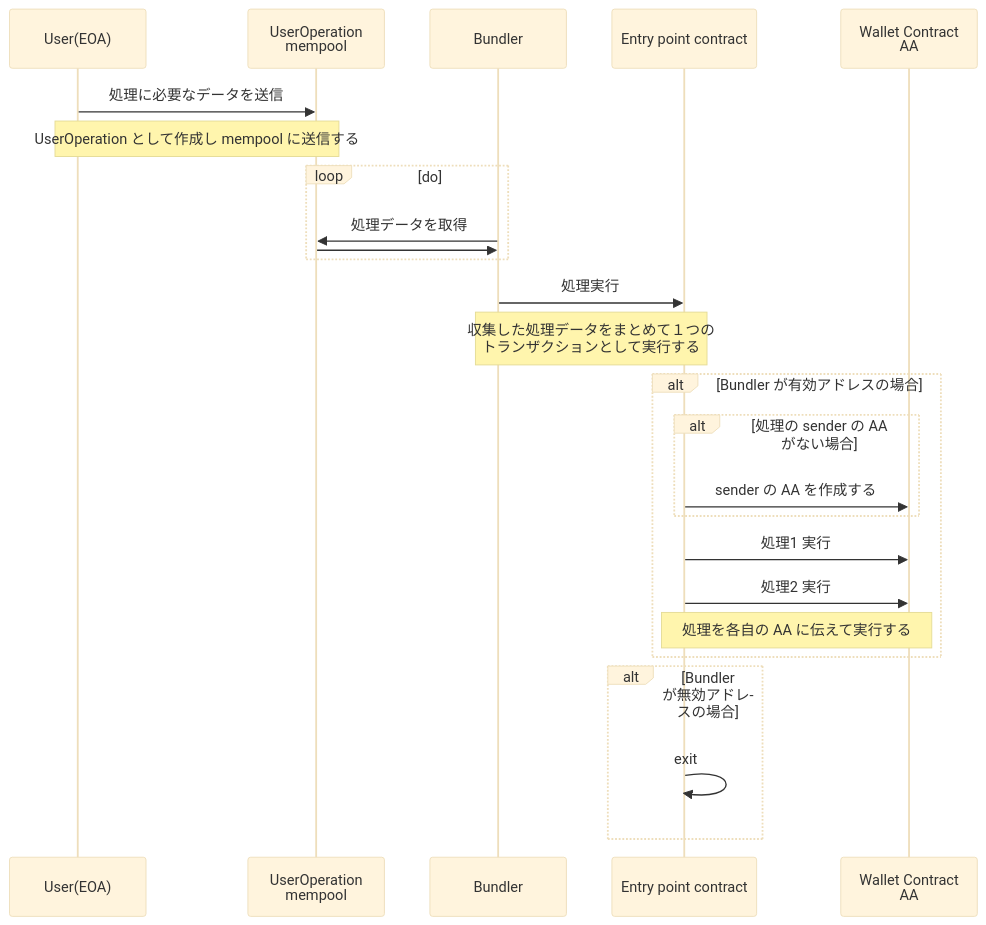
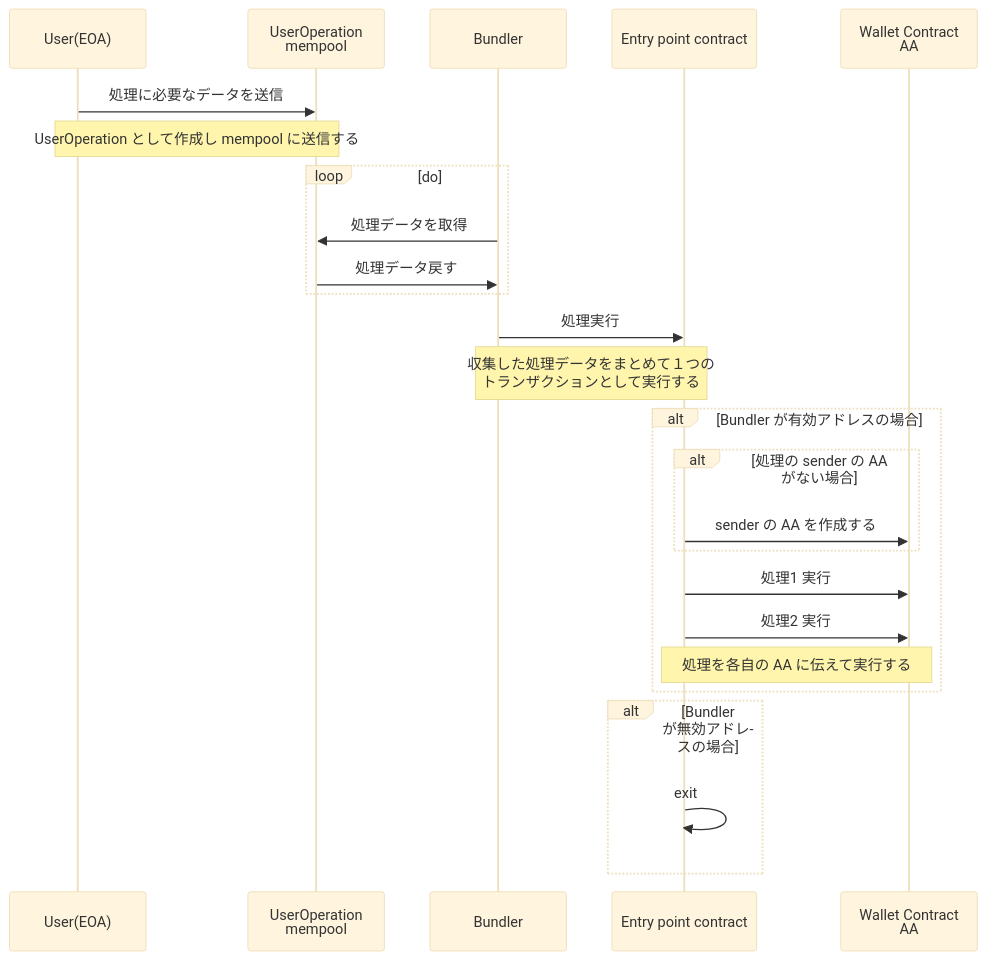
One commit to blueplanet/re-work changed the diagram in blog/2022-12-07-erc4337-aa/index.md. Above: the diagram before and after it, drawn with Mermaid (base theme).

Commit message:
fix: diagram error

````diff
--- a/blog/2022-12-07-erc4337-aa/index.md
+++ b/blog/2022-12-07-erc4337-aa/index.md
@@ -33,32 +33,32 @@
 ```mermaid
 sequenceDiagram
 
 participant us as User(EOA)
 participant mp as UserOperation <br>mempool
 participant bu as Bundler
 participant ep as Entry point contract
 participant aa as Wallet Contract<br>AA
 
 us->>mp: 処理に必要なデータを送信
 note over us,mp: UserOperation として作成し mempool に送信する
 loop do
   bu->>mp: 処理データを取得
-  mp->>bu:
+  mp->>bu: 処理データ戻す
 end
 bu->>ep: 処理実行
 
 note over bu, ep: 収集した処理データをまとめて１つの<br>トランザクションとして実行する
 
 alt Bundler が有効アドレスの場合
   alt 処理の sender の AA がない場合
     ep->>aa: sender の AA を作成する
   end
   ep->>aa: 処理1 実行
   ep->>aa: 処理2 実行
   note over ep,aa: 処理を各自の AA に伝えて実行する
 end
 
 alt Bundler が無効アドレスの場合
   ep->>ep: exit
 end
 ```
````
